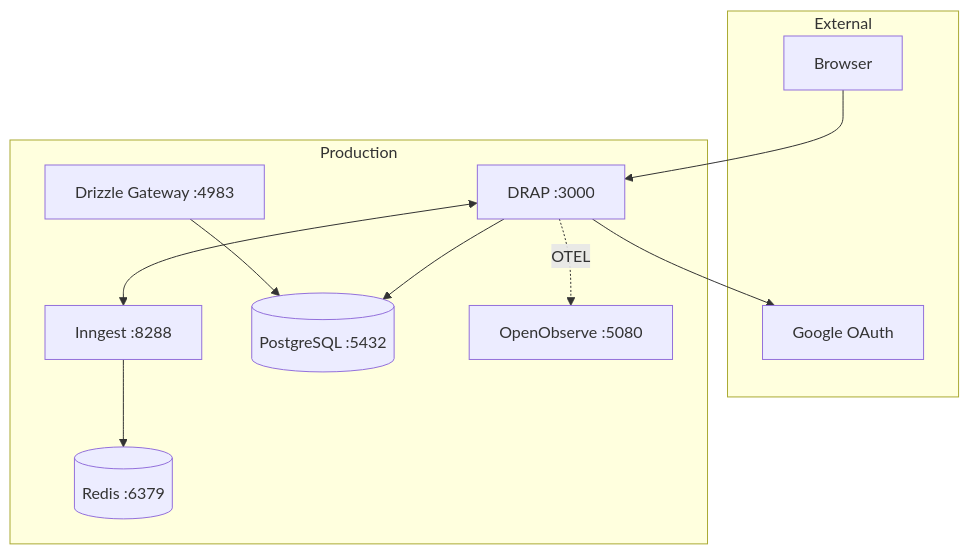
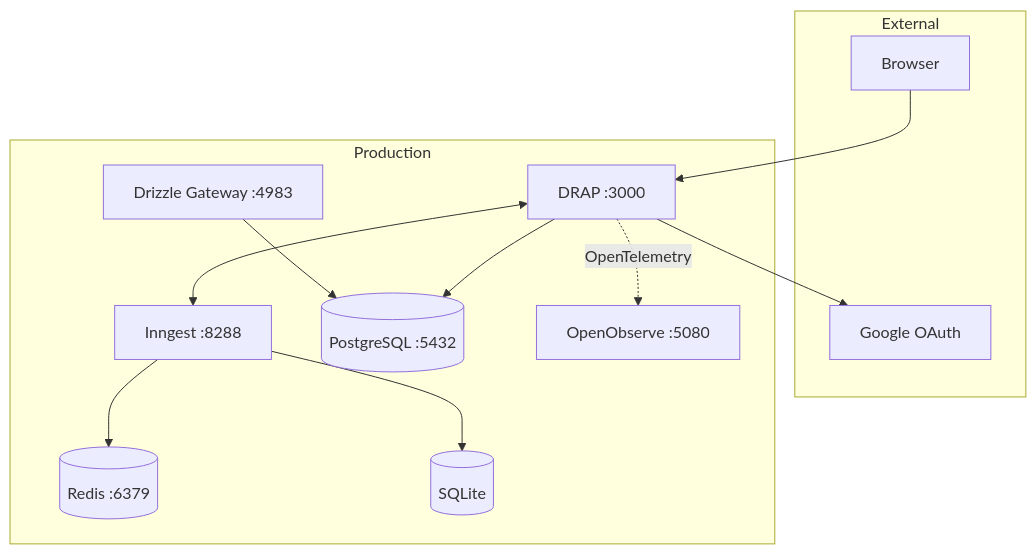
One commit to BastiDood/drap changed the diagram in README.md. Above: the diagram before and after it, drawn with Mermaid. The commit also changed other lines of this file, not shown here.

Commit message:
docs: include SQLite in architecture diagram

````diff
--- a/README.md
+++ b/README.md
@@ -25,24 +21,26 @@
 ```mermaid
 flowchart TD
     subgraph External
         User[Browser]
         Google[Google OAuth]
     end
 
     subgraph Production
-        App[DRAP :3000]
+        SvelteKit[DRAP :3000]
         Inngest[Inngest :8288]
         Postgres[(PostgreSQL :5432)]
         Redis[(Redis :6379)]
+        SQLite[(SQLite)]
         O2[OpenObserve :5080]
         Drizzle[Drizzle Gateway :4983]
     end
 
-    User --> App
-    App --> Google
-    App --> Postgres
-    App <--> Inngest
-    App -.->|OTEL| O2
+    User --> SvelteKit
+    SvelteKit --> Google
+    SvelteKit --> Postgres
+    SvelteKit <--> Inngest
+    SvelteKit -.->|OpenTelemetry| O2
     Inngest --> Redis
+    Inngest --> SQLite
     Drizzle --> Postgres
 ```
````
